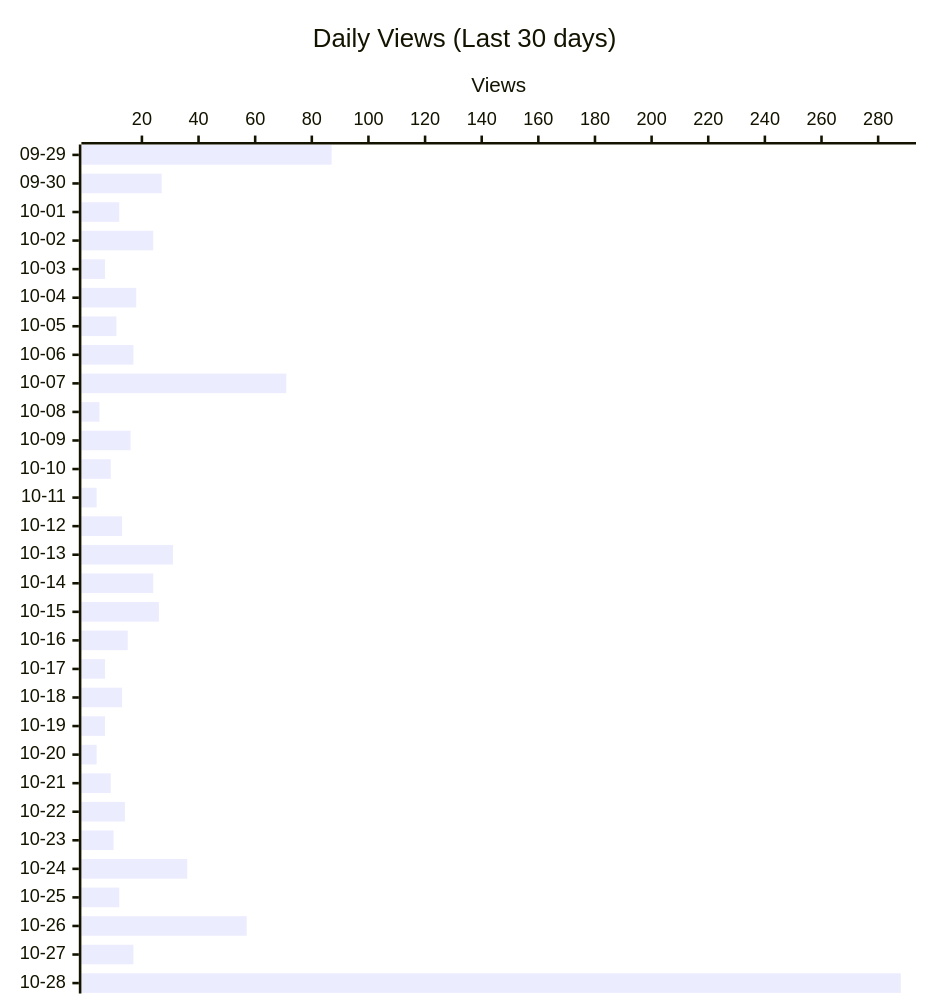
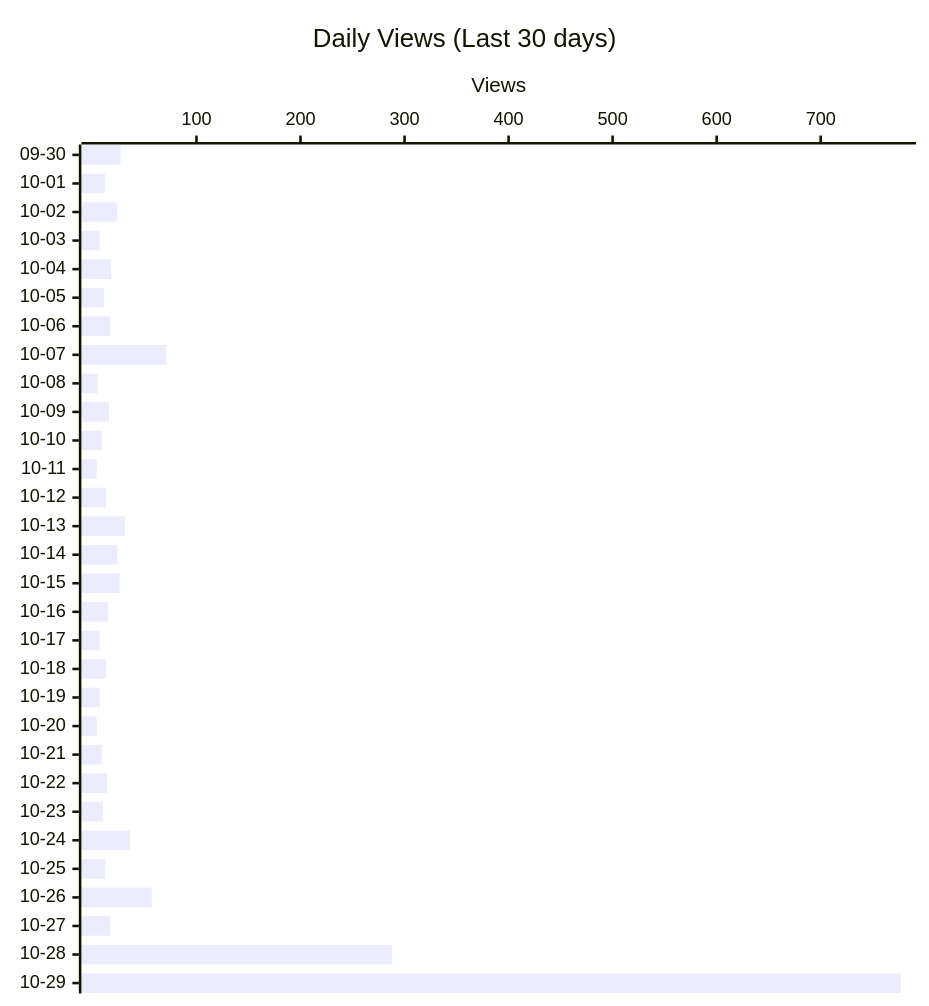
One commit to shigechika/github-insights changed the second of 4 diagrams in README.md. Above: the diagram before and after it, drawn with Mermaid. The commit also changed other lines of this file and 1 other file, not shown here.

````diff
--- a/README.md
+++ b/README.md
@@ -28,12 +28,12 @@
 ```mermaid
 ---
 config:
   xyChart:
     height: 760
 ---
 xychart-beta horizontal
     title "Daily Views (Last 30 days)"
-    x-axis ["09-29", "09-30", "10-01", "10-02", "10-03", "10-04", "10-05", "10-06", "10-07", "10-08", "10-09", "10-10", "10-11", "10-12", "10-13", "10-14", "10-15", "10-16", "10-17", "10-18", "10-19", "10-20", "10-21", "10-22", "10-23", "10-24", "10-25", "10-26", "10-27", "10-28"]
+    x-axis ["09-30", "10-01", "10-02", "10-03", "10-04", "10-05", "10-06", "10-07", "10-08", "10-09", "10-10", "10-11", "10-12", "10-13", "10-14", "10-15", "10-16", "10-17", "10-18", "10-19", "10-20", "10-21", "10-22", "10-23", "10-24", "10-25", "10-26", "10-27", "10-28", "10-29"]
     y-axis "Views"
-    bar [87, 27, 12, 24, 7, 18, 11, 17, 71, 5, 16, 9, 4, 13, 31, 24, 26, 15, 7, 13, 7, 4, 9, 14, 10, 36, 12, 57, 17, 288]
+    bar [27, 12, 24, 7, 18, 11, 17, 71, 5, 16, 9, 4, 13, 31, 24, 26, 15, 7, 13, 7, 4, 9, 14, 10, 36, 12, 57, 17, 288, 777]
 ```
````
